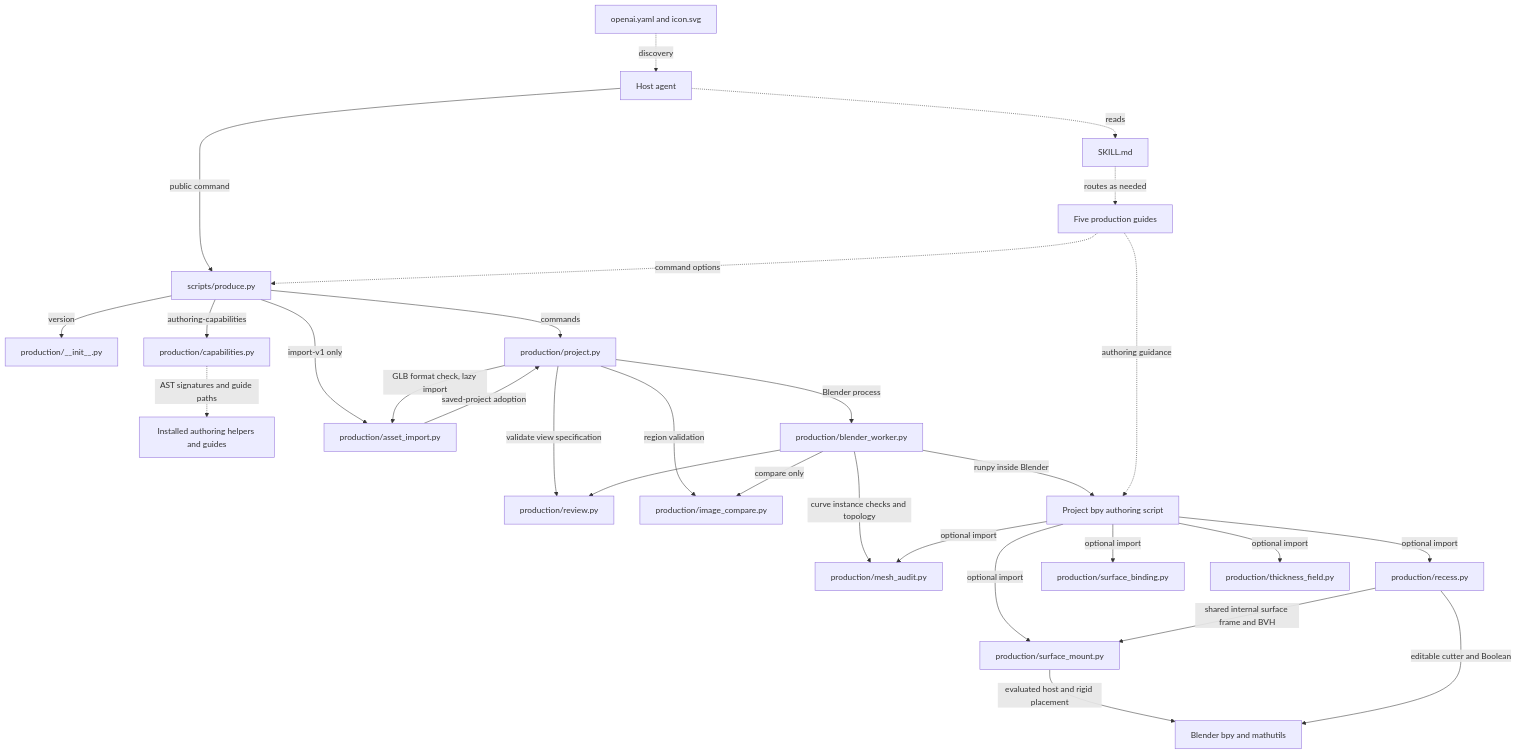
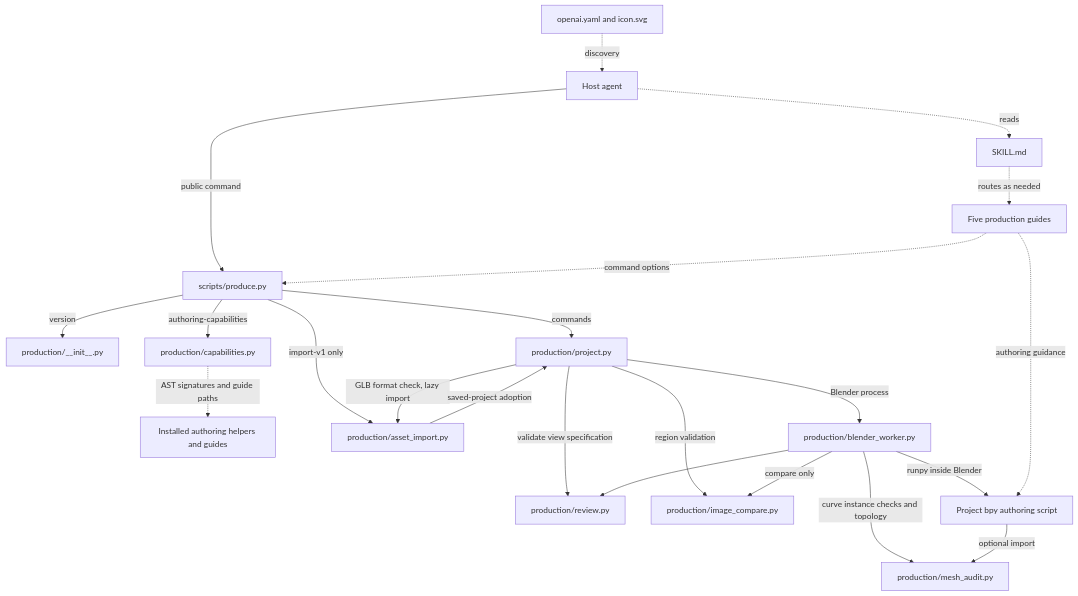
The first of 2 diagrams in docs/development/refas-2-skill-map.md (ictseoyoungmin/refas), drawn with Mermaid before and after one commit. The commit also changed other lines of this file and 7 other files, not shown here.

````diff
--- a/docs/development/refas-2-skill-map.md
+++ b/docs/development/refas-2-skill-map.md
@@ -22,33 +22,26 @@
 ```mermaid
 flowchart TD
     Discovery["openai.yaml and icon.svg"] -. "discovery" .-> Agent["Host agent"]
     Agent -. "reads" .-> Skill["SKILL.md"]
     Skill -. "routes as needed" .-> Guides["Five production guides"]
     Agent -- "public command" --> CLI["scripts/produce.py"]
     Guides -. "command options" .-> CLI
 
     CLI -- "version" --> Identity["production/__init__.py"]
     CLI -- "authoring-capabilities" --> Catalogue["production/capabilities.py"]
     Catalogue -. "AST signatures and guide paths" .-> Helpers["Installed authoring helpers and guides"]
     CLI -- "commands" --> Project["production/project.py"]
     CLI -- "import-v1 only" --> Import["production/asset_import.py"]
     Project -- "GLB format check, lazy import" --> Import
     Import -- "saved-project adoption" --> Project
 
     Project -- "validate view specification" --> Review["production/review.py"]
     Project -- "Blender process" --> Worker["production/blender_worker.py"]
     Worker --> Review
     Project -- "region validation" --> Comparison["production/image_compare.py"]
     Worker -- "compare only" --> Comparison
     Worker -- "curve instance checks and topology" --> Audit["production/mesh_audit.py"]
     Worker -- "runpy inside Blender" --> Script["Project bpy authoring script"]
     Guides -. "authoring guidance" .-> Script
     Script -- "optional import" --> Audit
-    Script -- "optional import" --> Mount["production/surface_mount.py"]
-    Mount -- "evaluated host and rigid placement" --> Blender["Blender bpy and mathutils"]
-    Script -- "optional import" --> Recess["production/recess.py"]
-    Recess -- "shared internal surface frame and BVH" --> Mount
-    Recess -- "editable cutter and Boolean" --> Blender
-    Script -- "optional import" --> Binding["production/surface_binding.py"]
-    Script -- "optional import" --> Thickness["production/thickness_field.py"]
 ```
````
